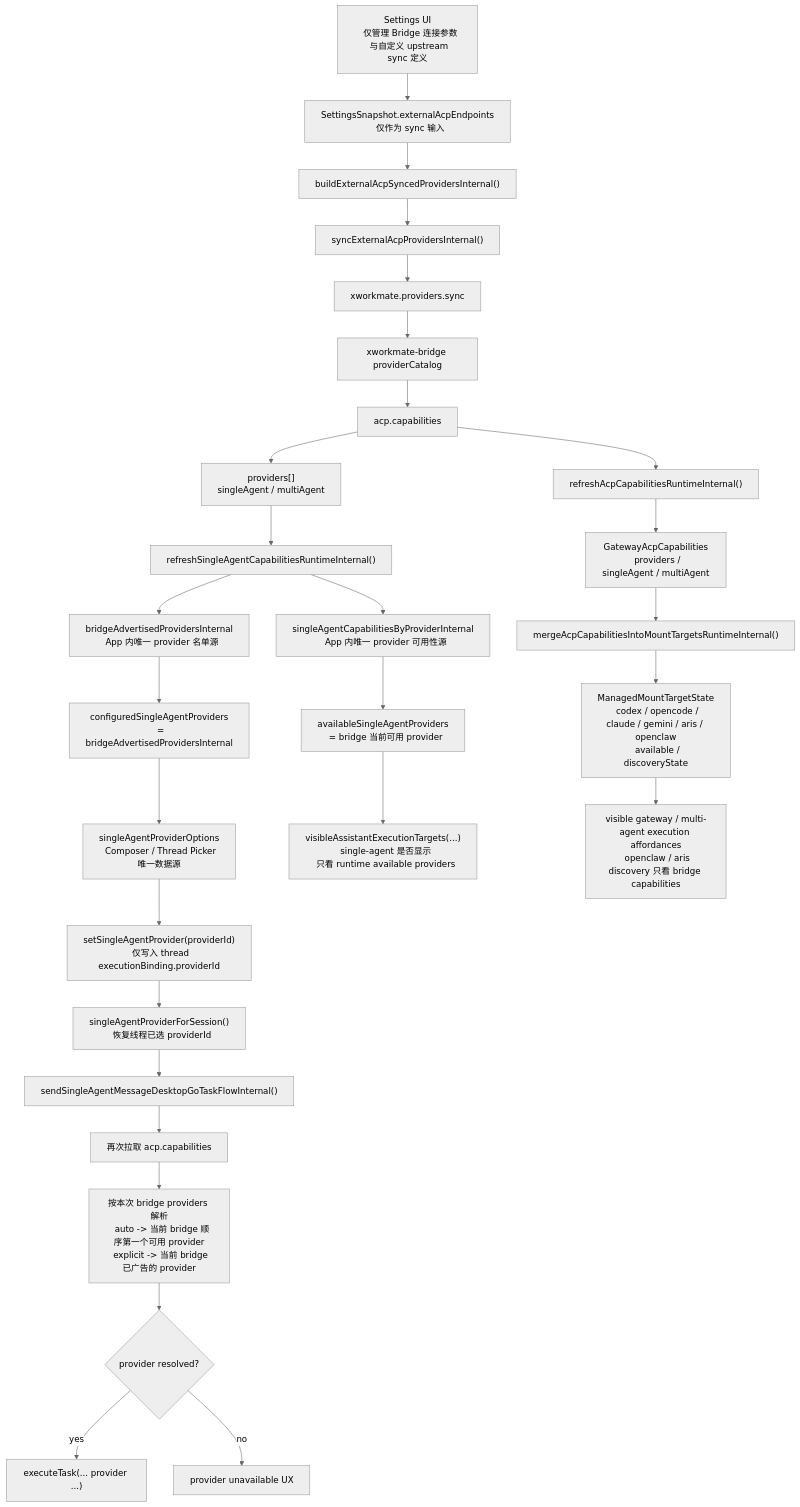
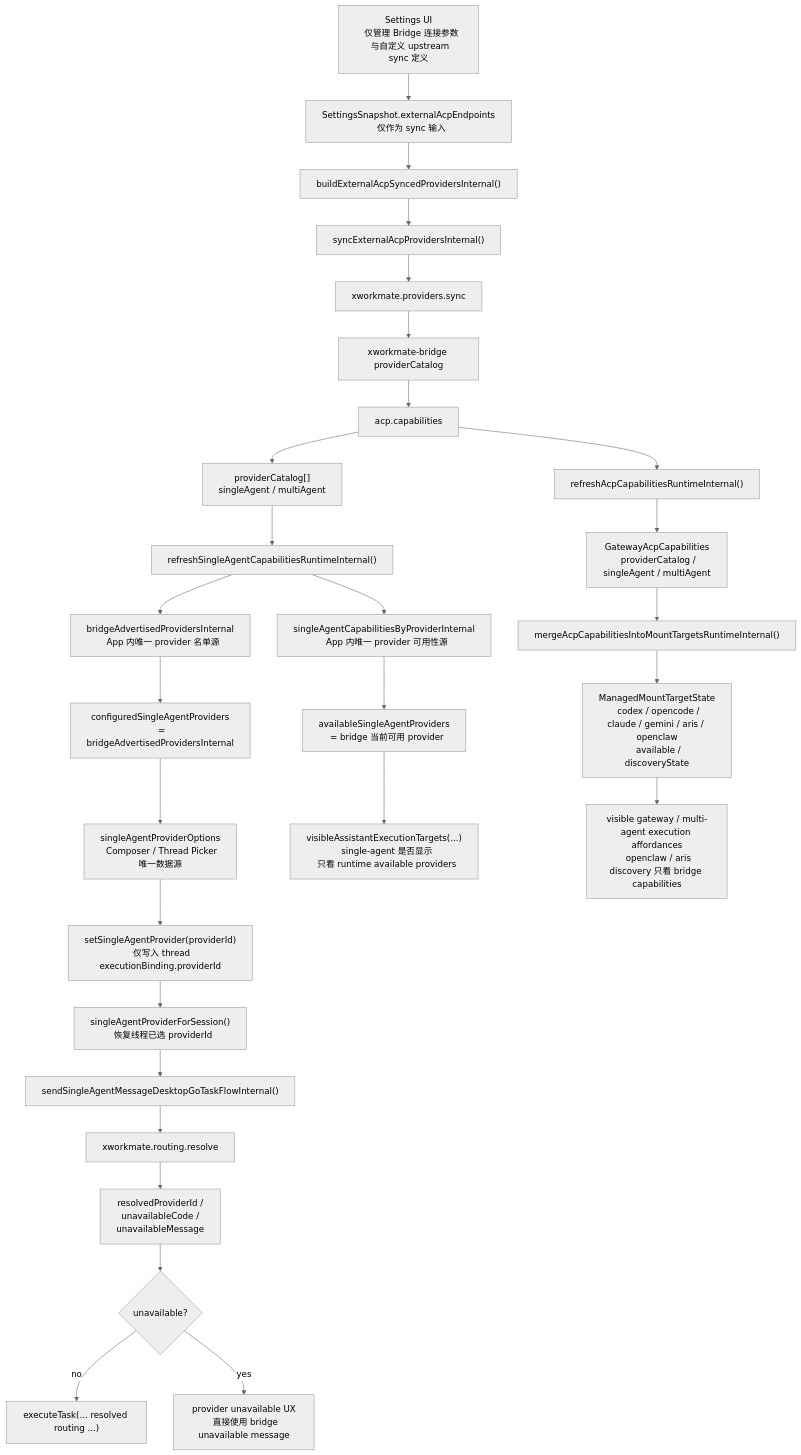
Before and after one commit to ai-workspace-lab/xworkmate-app: the second of 2 diagrams in docs/architecture/task-control-plane-unification.md, drawn with Mermaid (neutral theme). The commit also changed 9 other files, not shown here.

Commit message:
refactor: consume bridge-owned single-agent routing

````diff
--- a/docs/architecture/task-control-plane-unification.md
+++ b/docs/architecture/task-control-plane-unification.md
@@ -52,60 +52,61 @@
 ```mermaid
 flowchart TD
   A["Settings UI
   仅管理 Bridge 连接参数
   与自定义 upstream sync 定义"] --> B["SettingsSnapshot.externalAcpEndpoints
   仅作为 sync 输入"]
 
   B --> C["buildExternalAcpSyncedProvidersInternal()"]
   C --> D["syncExternalAcpProvidersInternal()"]
   D --> E["xworkmate.providers.sync"]
   E --> F["xworkmate-bridge providerCatalog"]
 
   F --> G["acp.capabilities"]
-  G --> H["providers[]
+  G --> H["providerCatalog[]
   singleAgent / multiAgent"]
 
   H --> I["refreshSingleAgentCapabilitiesRuntimeInternal()"]
   I --> J["bridgeAdvertisedProvidersInternal
   App 内唯一 provider 名单源"]
   I --> K["singleAgentCapabilitiesByProviderInternal
   App 内唯一 provider 可用性源"]
 
   G --> L["refreshAcpCapabilitiesRuntimeInternal()"]
   L --> M["GatewayAcpCapabilities
-  providers / singleAgent / multiAgent"]
+  providerCatalog / singleAgent / multiAgent"]
   M --> N["mergeAcpCapabilitiesIntoMountTargetsRuntimeInternal()"]
   N --> O["ManagedMountTargetState
   codex / opencode / claude / gemini / aris / openclaw
   available / discoveryState"]
 
   J --> P["configuredSingleAgentProviders
   = bridgeAdvertisedProvidersInternal"]
   P --> Q["singleAgentProviderOptions
   Composer / Thread Picker 唯一数据源"]
 
   K --> R["availableSingleAgentProviders
   = bridge 当前可用 provider"]
   R --> S["visibleAssistantExecutionTargets(...)
   single-agent 是否显示
   只看 runtime available providers"]
 
   O --> T["visible gateway / multi-agent execution affordances
   openclaw / aris discovery 只看 bridge capabilities"]
 
   Q --> U["setSingleAgentProvider(providerId)
   仅写入 thread executionBinding.providerId"]
 
   U --> V["singleAgentProviderForSession()
   恢复线程已选 providerId"]
 
   V --> W["sendSingleAgentMessageDesktopGoTaskFlowInternal()"]
-  W --> X["再次拉取 acp.capabilities"]
-  X --> Y["按本次 bridge providers 解析
-  auto -> 当前 bridge 顺序第一个可用 provider
-  explicit -> 当前 bridge 已广告的 provider"]
+  W --> X["xworkmate.routing.resolve"]
+  X --> Y["resolvedProviderId /
+  unavailableCode /
+  unavailableMessage"]
 
-  Y --> Z{"provider resolved?"}
-  Z -->|"yes"| AA["executeTask(... provider ...)"]
-  Z -->|"no"| AB["provider unavailable UX"]
+  Y --> Z{"unavailable?"}
+  Z -->|"no"| AA["executeTask(... resolved routing ...)"]
+  Z -->|"yes"| AB["provider unavailable UX
+  直接使用 bridge unavailable message"]
 ```
````
